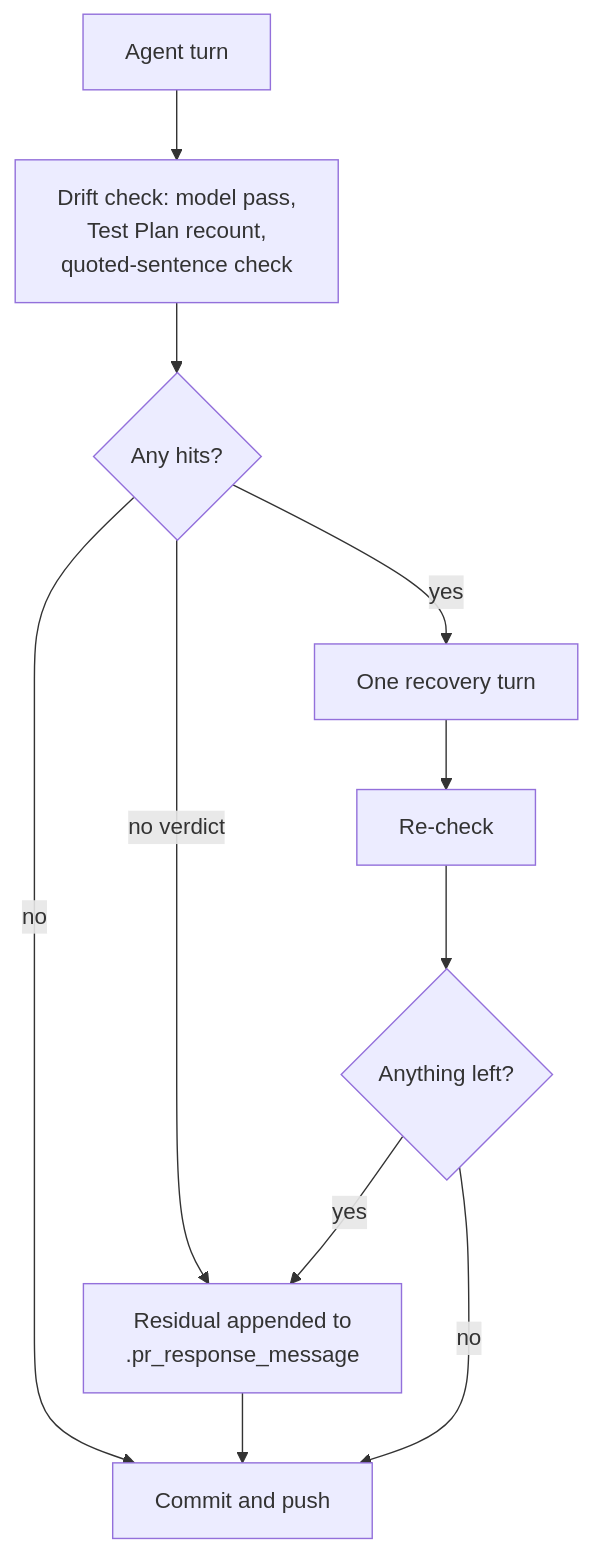
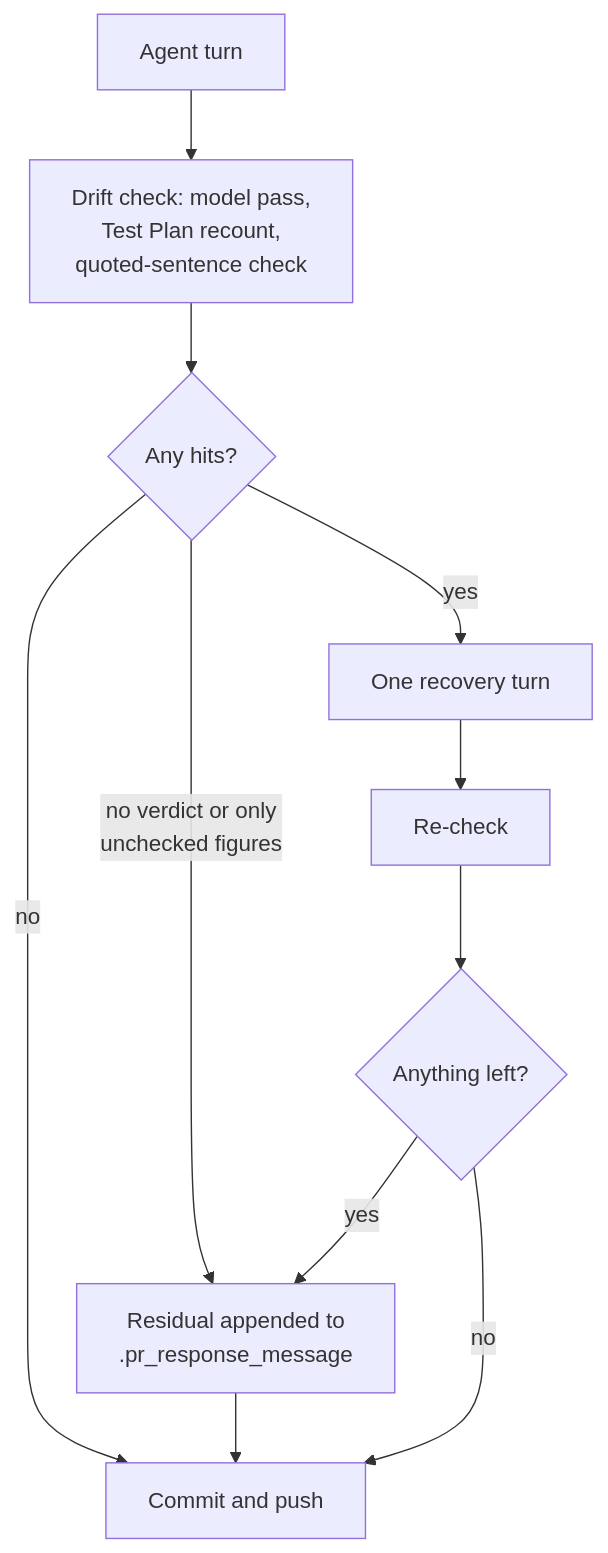
The fifth of 11 diagrams in docs/workflows/pr-feedback.md (stSoftwareAU/VibeCoder), drawn with Mermaid before and after one commit. The commit also changed other lines of this file and 5 other files, not shown here.

First line of the commit message:
Retire unchecked-only Test Plan recovery in the drift check (Issue #5223)

````diff
--- a/docs/workflows/pr-feedback.md
+++ b/docs/workflows/pr-feedback.md
@@ -639,13 +647,13 @@
 ```mermaid
 flowchart TD
     A["Agent turn"] --> D["Drift check: model pass,<br/>Test Plan recount,<br/>quoted-sentence check"]
     D --> H{"Any hits?"}
     H -- no --> P["Commit and push"]
-    H -- "no verdict" --> N["Residual appended to<br/>.pr_response_message"]
+    H -- "no verdict or only<br/>unchecked figures" --> N["Residual appended to<br/>.pr_response_message"]
     H -- yes --> R["One recovery turn"]
     R --> C["Re-check"]
     C --> L{"Anything left?"}
     L -- yes --> N
     L -- no --> P
     N --> P
 ```
````
